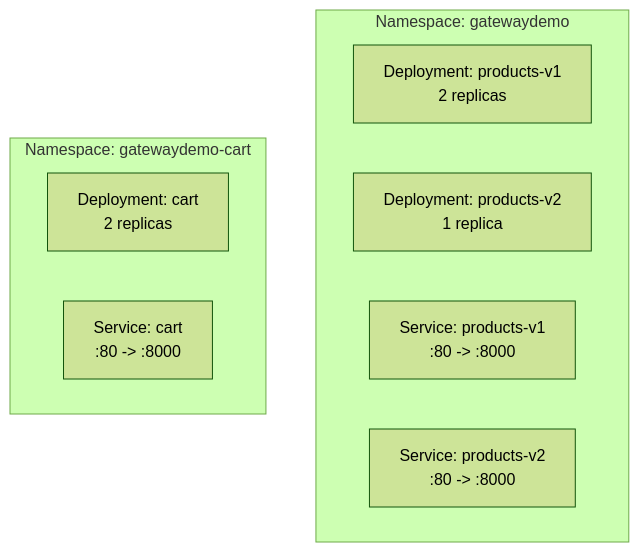
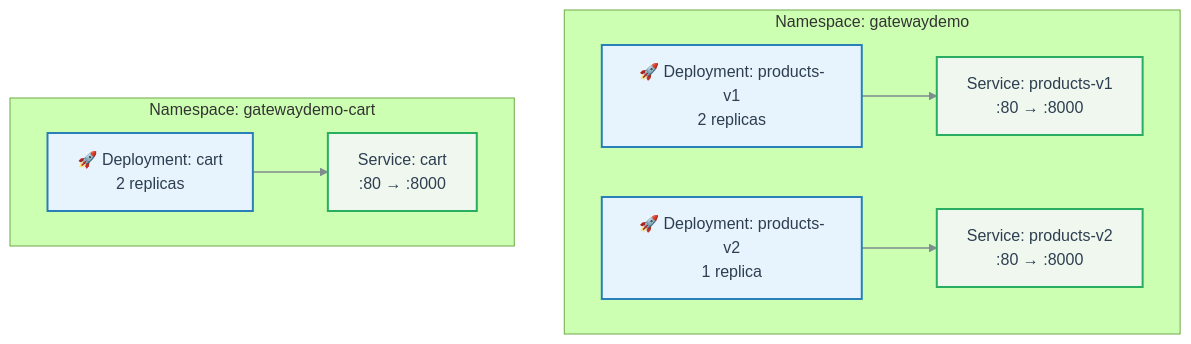
One commit to DKT-AI/gateway-api-migration-demo changed the third of 3 diagrams in docs/labs/lab-00-setup.md. Above: the diagram before and after it, drawn with Mermaid (forest theme). The commit also changed other lines of this file and 4 other files, not shown here.

First line of the commit message:
Style all mermaid diagrams with ocean palette for GitHub

````diff
--- a/docs/labs/lab-00-setup.md
+++ b/docs/labs/lab-00-setup.md
@@ -108,14 +129,25 @@
 ```mermaid
-graph TB
-    subgraph "Namespace: gatewaydemo"
-        D1["Deployment: products-v1<br/>2 replicas"]
-        D2["Deployment: products-v2<br/>1 replica"]
-        S1["Service: products-v1<br/>:80 -> :8000"]
-        S2["Service: products-v2<br/>:80 -> :8000"]
+flowchart TB
+    subgraph NSMain["Namespace: gatewaydemo"]
+        D1["🚀 Deployment: products-v1<br/>2 replicas"]
+        D2["🚀 Deployment: products-v2<br/>1 replica"]
+        S1["Service: products-v1<br/>:80 → :8000"]
+        S2["Service: products-v2<br/>:80 → :8000"]
+        D1 --> S1
+        D2 --> S2
     end
 
-    subgraph "Namespace: gatewaydemo-cart"
-        D3["Deployment: cart<br/>2 replicas"]
-        S3["Service: cart<br/>:80 -> :8000"]
+    subgraph NSCart["Namespace: gatewaydemo-cart"]
+        D3["🚀 Deployment: cart<br/>2 replicas"]
+        S3["Service: cart<br/>:80 → :8000"]
+        D3 --> S3
     end
+
+    classDef primary fill:#E8F4FD,stroke:#2980B9,stroke-width:2px,color:#2C3E50
+    classDef secondary fill:#F0F7EE,stroke:#27AE60,stroke-width:2px,color:#2C3E50
+    classDef accent fill:#FFF3E0,stroke:#E67E22,stroke-width:2px,color:#2C3E50
+    linkStyle default stroke:#7F8C8D,stroke-width:1.5px
+
+    class D1,D2,D3 primary
+    class S1,S2,S3 secondary
 ```
````
